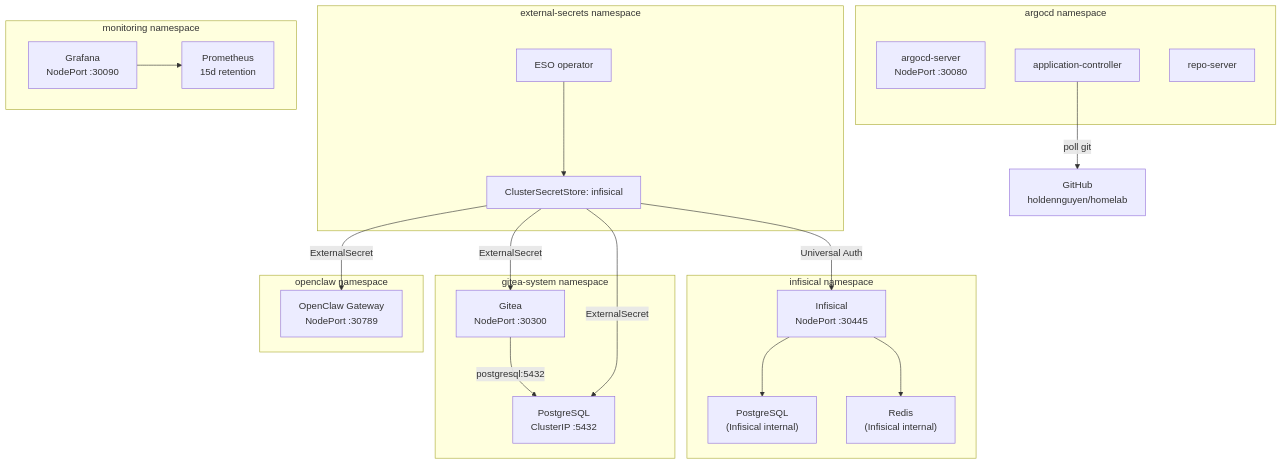
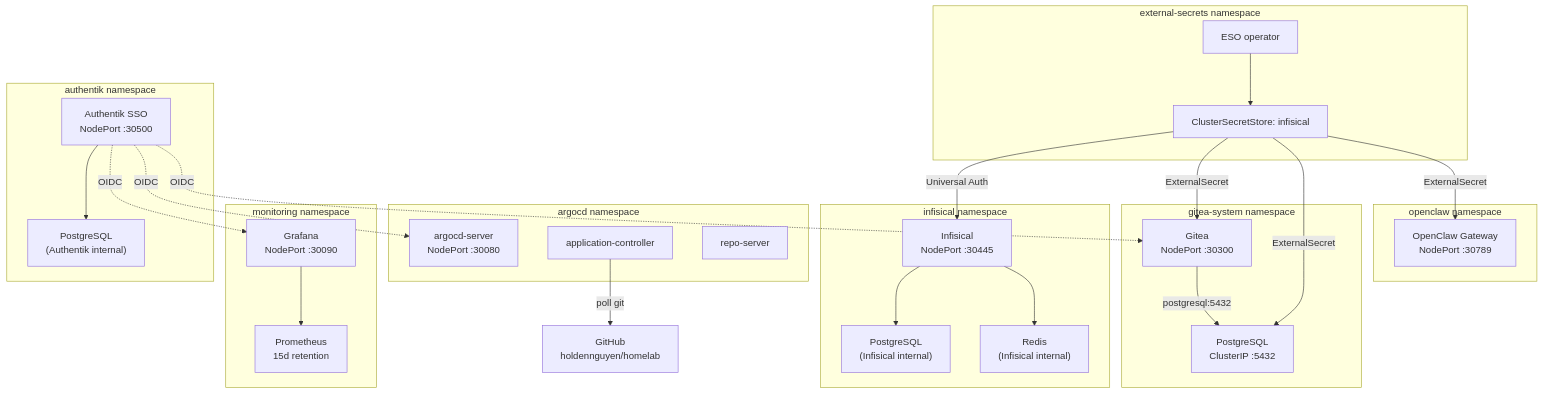
Before and after one commit to haingth77/homelab: the fourth of 4 diagrams in docs/architecture.md, drawn with Mermaid. The commit also changed other lines of this file and 3 other files, not shown here.

First line of the commit message:
docs: add Authentik SSO documentation and update architecture/networking

````diff
--- a/docs/architecture.md
+++ b/docs/architecture.md
@@ -168,44 +170,54 @@
 ```mermaid
 flowchart TD
     subgraph infisicalNs["infisical namespace"]
         InfisicalPod["Infisical\nNodePort :30445"]
         InfisicalPG["PostgreSQL\n(Infisical internal)"]
         InfisicalRedis["Redis\n(Infisical internal)"]
         InfisicalPod --> InfisicalPG
         InfisicalPod --> InfisicalRedis
     end
 
     subgraph esoNs["external-secrets namespace"]
         ESOPod["ESO operator"]
         CSS["ClusterSecretStore: infisical"]
     end
 
     subgraph argocdNs["argocd namespace"]
         ArgoServer["argocd-server\nNodePort :30080"]
         ArgoController["application-controller"]
         ArgoRepo["repo-server"]
     end
 
     subgraph giteaNs["gitea-system namespace"]
         GiteaPod["Gitea\nNodePort :30300"]
         PGPod["PostgreSQL\nClusterIP :5432"]
         GiteaPod -- "postgresql:5432" --> PGPod
     end
 
     subgraph monNs["monitoring namespace"]
         GrafanaPod["Grafana\nNodePort :30090"]
         PromPod["Prometheus\n15d retention"]
         GrafanaPod --> PromPod
     end
 
+    subgraph authentikNs["authentik namespace"]
+        AuthentikPod["Authentik SSO\nNodePort :30500"]
+        AuthentikPG["PostgreSQL\n(Authentik internal)"]
+        AuthentikPod --> AuthentikPG
+    end
+
     subgraph openclawNs["openclaw namespace"]
         OpenClawPod["OpenClaw Gateway\nNodePort :30789"]
     end
+
+    AuthentikPod -. "OIDC" .-> GrafanaPod
+    AuthentikPod -. "OIDC" .-> ArgoServer
+    AuthentikPod -. "OIDC" .-> GiteaPod
 
     ESOPod --> CSS
     CSS -- "Universal Auth" --> InfisicalPod
     CSS -- "ExternalSecret" --> GiteaPod
     CSS -- "ExternalSecret" --> PGPod
     CSS -- "ExternalSecret" --> OpenClawPod
     ArgoController -- "poll git" --> GitHub["GitHub\nholdennguyen/homelab"]
 ```
````
